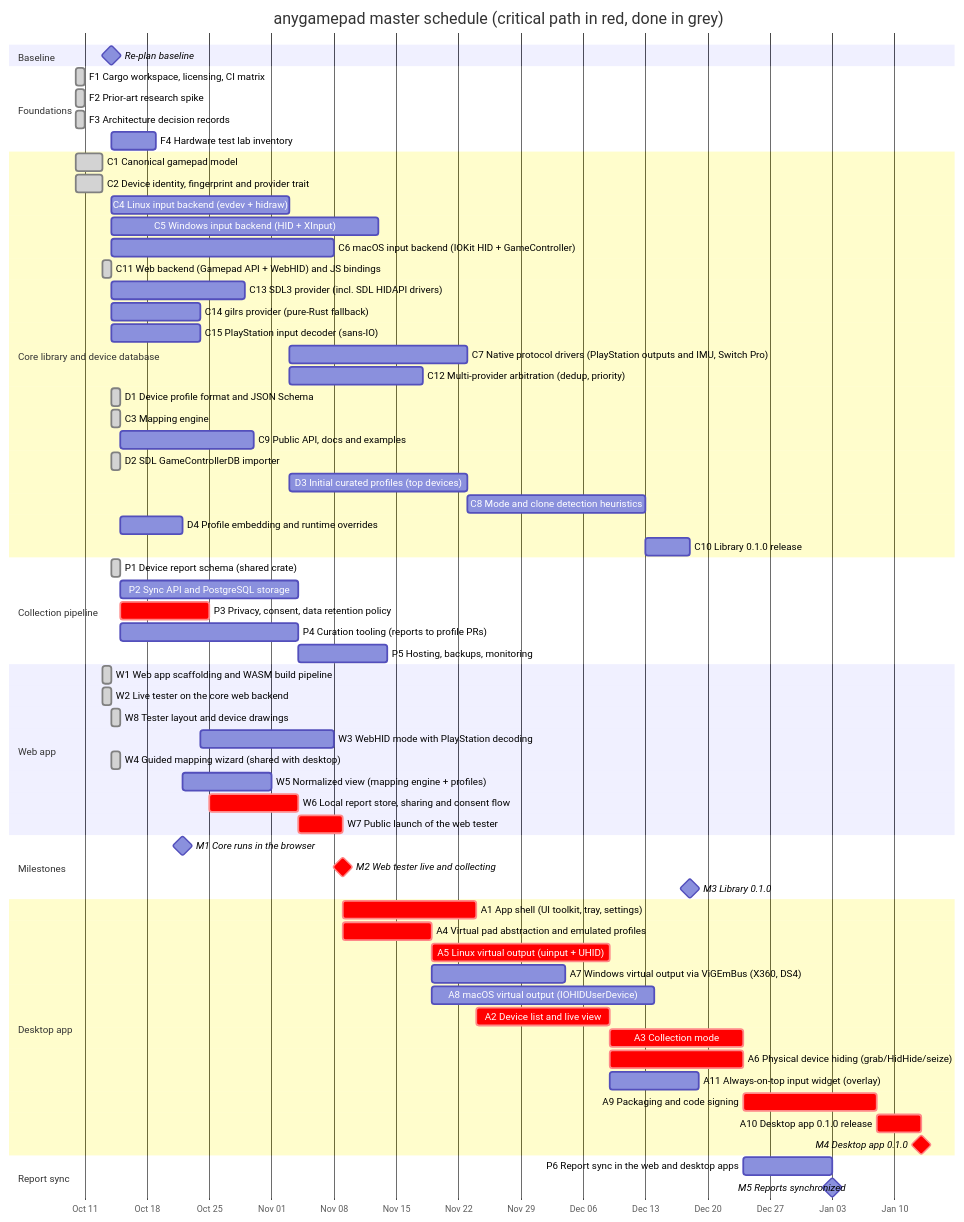
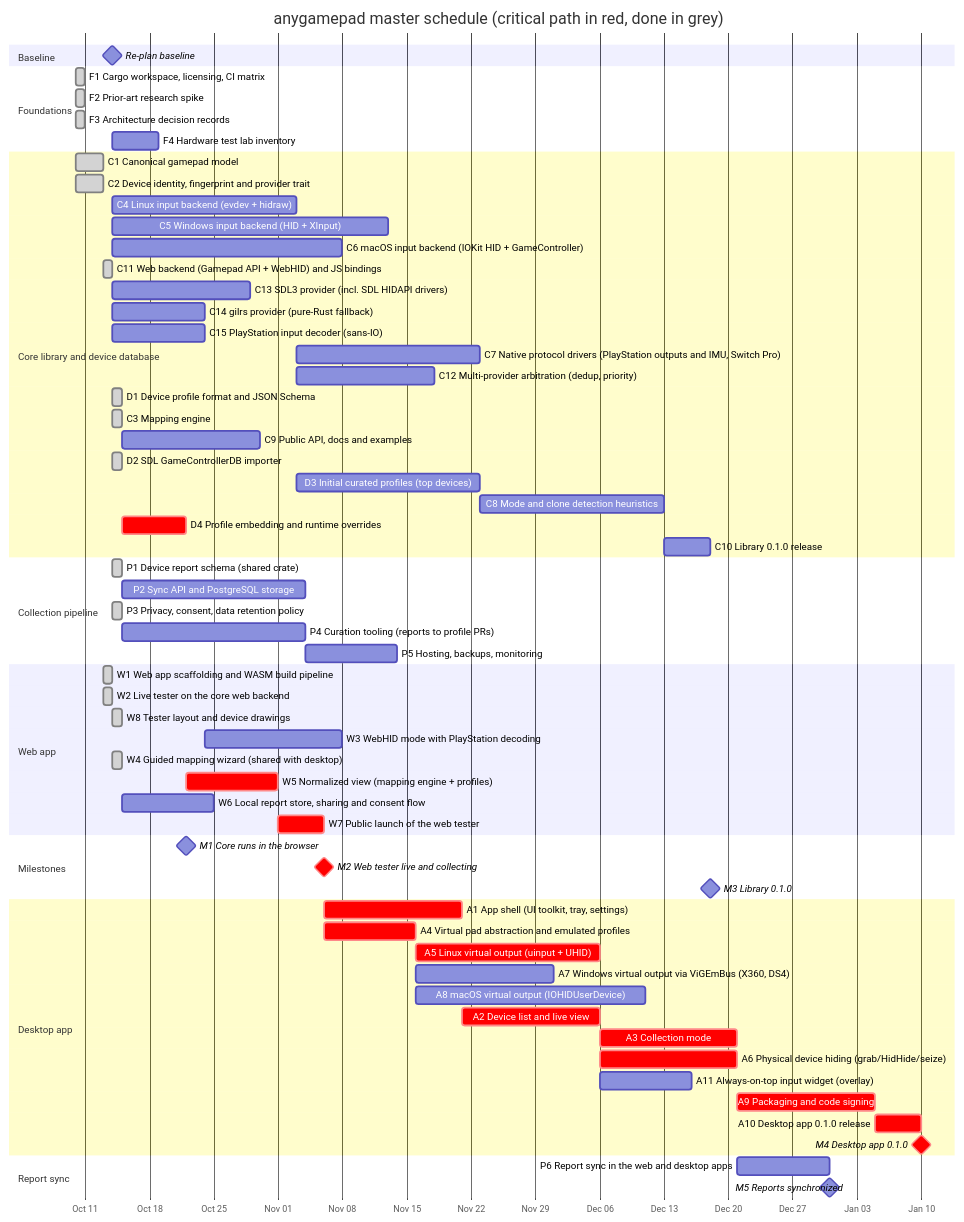
One commit to anygamepad/anygamepad.github.io changed the second of 3 diagrams in ROADMAP/2026-10-14/README.md. Above: the diagram before and after it, drawn with Mermaid. The commit also changed other lines of this file and 19 other files, not shown here.

First line of the commit message:
P3: privacy policy, consent texts, retention and the CC0 data license (#11)

````diff
--- a/ROADMAP/2026-10-14/README.md
+++ b/ROADMAP/2026-10-14/README.md
@@ -192,68 +201,68 @@
 ```mermaid
 gantt
     dateFormat YYYY-MM-DD
     axisFormat %b %d
     title anygamepad master schedule (critical path in red, done in grey)
     section Baseline
     Re-plan baseline :milestone, t0, 2026-10-14, 0d
     section Foundations
     F1 Cargo workspace, licensing, CI matrix :done, f1, 2026-10-10, 1d
     F2 Prior-art research spike :done, f2, 2026-10-10, 1d
     F3 Architecture decision records :done, f3, 2026-10-10, 1d
     F4 Hardware test lab inventory :f4, after f2 t0, 5d
     section Core library and device database
     C1 Canonical gamepad model :done, c1, 2026-10-10, 3d
     C2 Device identity, fingerprint and provider trait :done, c2, 2026-10-10, 3d
     C4 Linux input backend (evdev + hidraw) :c4, after c1 c2 t0, 20d
     C5 Windows input backend (HID + XInput) :c5, after c1 c2 t0, 30d
     C6 macOS input backend (IOKit HID + GameController) :c6, after c1 c2 t0, 25d
     C11 Web backend (Gamepad API + WebHID) and JS bindings :done, c11, 2026-10-13, 1d
     C13 SDL3 provider (incl. SDL HIDAPI drivers) :c13, after c1 c2 t0, 15d
     C14 gilrs provider (pure-Rust fallback) :c14, after c1 c2 t0, 10d
     C15 PlayStation input decoder (sans-IO) :c15, after c1 c2 t0, 10d
     C7 Native protocol drivers (PlayStation outputs and IMU, Switch Pro) :c7, after c4 c15, 20d
     C12 Multi-provider arbitration (dedup, priority) :c12, after c4 c13, 15d
     D1 Device profile format and JSON Schema :done, d1, 2026-10-14, 1d
     C3 Mapping engine :done, c3, 2026-10-14, 1d
     C9 Public API, docs and examples :c9, after c3, 15d
     D2 SDL GameControllerDB importer :done, d2, 2026-10-14, 1d
     D3 Initial curated profiles (top devices) :d3, after d1 c4 f4, 20d
     C8 Mode and clone detection heuristics :c8, after c3 c4 d3, 20d
-    D4 Profile embedding and runtime overrides :d4, after d1 c3, 7d
+    D4 Profile embedding and runtime overrides :crit, d4, after d1 c3, 7d
     C10 Library 0.1.0 release :c10, after c5 c6 c7 c8 c9 c11 c12 c14 d4, 5d
     section Collection pipeline
     P1 Device report schema (shared crate) :done, p1, 2026-10-14, 1d
     P2 Sync API and PostgreSQL storage :p2, after p1 t0, 20d
-    P3 Privacy, consent, data retention policy :crit, p3, after p1 t0, 10d
+    P3 Privacy, consent, data retention policy :done, p3, 2026-10-14, 1d
     P4 Curation tooling (reports to profile PRs) :p4, after p1 d1 t0, 20d
     P5 Hosting, backups, monitoring :p5, after p2, 10d
     section Web app
     W1 Web app scaffolding and WASM build pipeline :done, w1, 2026-10-13, 1d
     W2 Live tester on the core web backend :done, w2, 2026-10-13, 1d
     W8 Tester layout and device drawings :done, w8, 2026-10-14, 1d
     W3 WebHID mode with PlayStation decoding :w3, after w2 c15 w8, 15d
     W4 Guided mapping wizard (shared with desktop) :done, w4, 2026-10-14, 1d
-    W5 Normalized view (mapping engine + profiles) :w5, after w2 c3 d2 d4, 10d
-    W6 Local report store, sharing and consent flow :crit, w6, after w4 p1 p3, 10d
+    W5 Normalized view (mapping engine + profiles) :crit, w5, after w2 c3 d2 d4, 10d
+    W6 Local report store, sharing and consent flow :w6, after w4 p1 p3, 10d
     W7 Public launch of the web tester :crit, w7, after w5 w6, 5d
     section Milestones
     M1 Core runs in the browser :milestone, m1, after c3 c11 d4, 0d
     M2 Web tester live and collecting :milestone, crit, m2, after w7, 0d
     M3 Library 0.1.0 :milestone, m3, after c10, 0d
     section Desktop app
     A1 App shell (UI toolkit, tray, settings) :crit, a1, after f3 m2, 15d
     A4 Virtual pad abstraction and emulated profiles :crit, a4, after c1 m2, 10d
     A5 Linux virtual output (uinput + UHID) :crit, a5, after a4 c4, 20d
     A7 Windows virtual output via ViGEmBus (X360, DS4) :a7, after a4 c5, 15d
     A8 macOS virtual output (IOHIDUserDevice) :a8, after a4 c6, 25d
     A2 Device list and live view :crit, a2, after a1 c4, 15d
     A3 Collection mode :crit, a3, after a2 w4 p1 p3, 15d
     A6 Physical device hiding (grab/HidHide/seize) :crit, a6, after a5 c5 c6, 15d
     A11 Always-on-top input widget (overlay) :a11, after a2, 10d
     A9 Packaging and code signing :crit, a9, after a3 a6 a7 a8 a11, 15d
     A10 Desktop app 0.1.0 release :crit, a10, after a9 c10, 5d
     M4 Desktop app 0.1.0 :milestone, crit, m4, after a10, 0d
     section Report sync
     P6 Report sync in the web and desktop apps :p6, after p2 w6 a3, 10d
     M5 Reports synchronized :milestone, m5, after p5 p6, 0d
 ```
````
